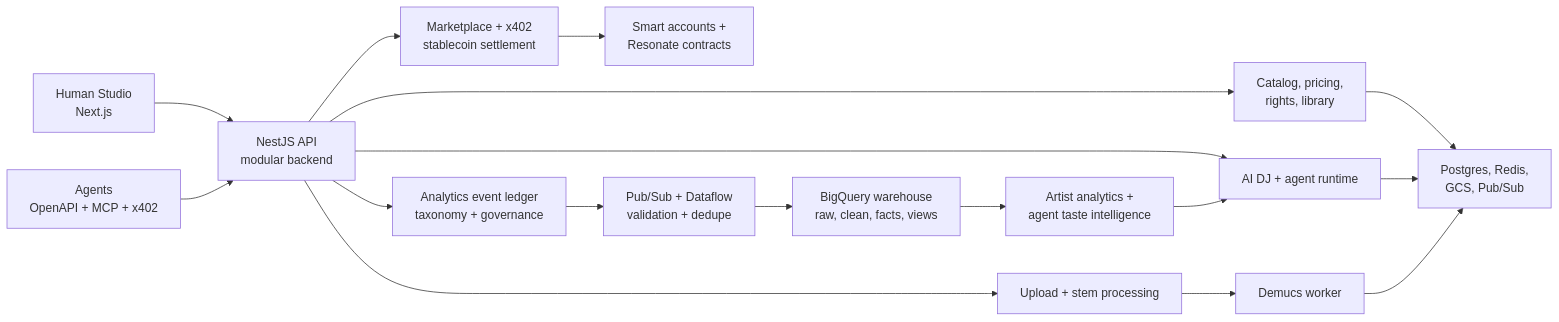
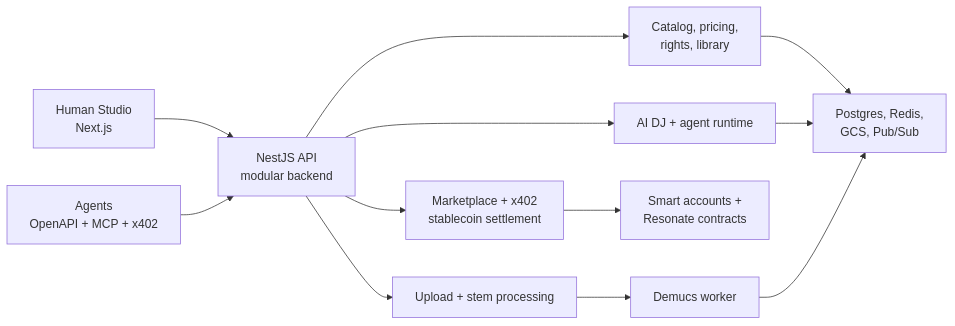
The diagram in README.md (akoita/resonate), drawn with Mermaid before and after one commit. The commit also changed other lines of this file and 3 other files, not shown here.

````diff
--- a/README.md
+++ b/README.md
@@ -186,19 +80,14 @@
 ```mermaid
 flowchart LR
   Studio["Human Studio<br>Next.js"] --> API["NestJS API<br>modular backend"]
   Agents["Agents<br>OpenAPI + MCP + x402"] --> API
   API --> Catalog["Catalog, pricing,<br>rights, library"]
   API --> Commerce["Marketplace + x402<br>stablecoin settlement"]
   API --> Runtime["AI DJ + agent runtime"]
   API --> Ingestion["Upload + stem processing"]
-  API --> Analytics["Analytics event ledger<br>taxonomy + governance"]
   Commerce --> Chain["Smart accounts +<br>Resonate contracts"]
   Ingestion --> Worker["Demucs worker"]
-  Analytics --> Stream["Pub/Sub + Dataflow<br>validation + dedupe"]
-  Stream --> Warehouse["BigQuery warehouse<br>raw, clean, facts, views"]
-  Warehouse --> Reports["Artist analytics +<br>agent taste intelligence"]
   Catalog --> Data["Postgres, Redis,<br>GCS, Pub/Sub"]
   Runtime --> Data
   Worker --> Data
-  Reports --> Runtime
 ```
````
